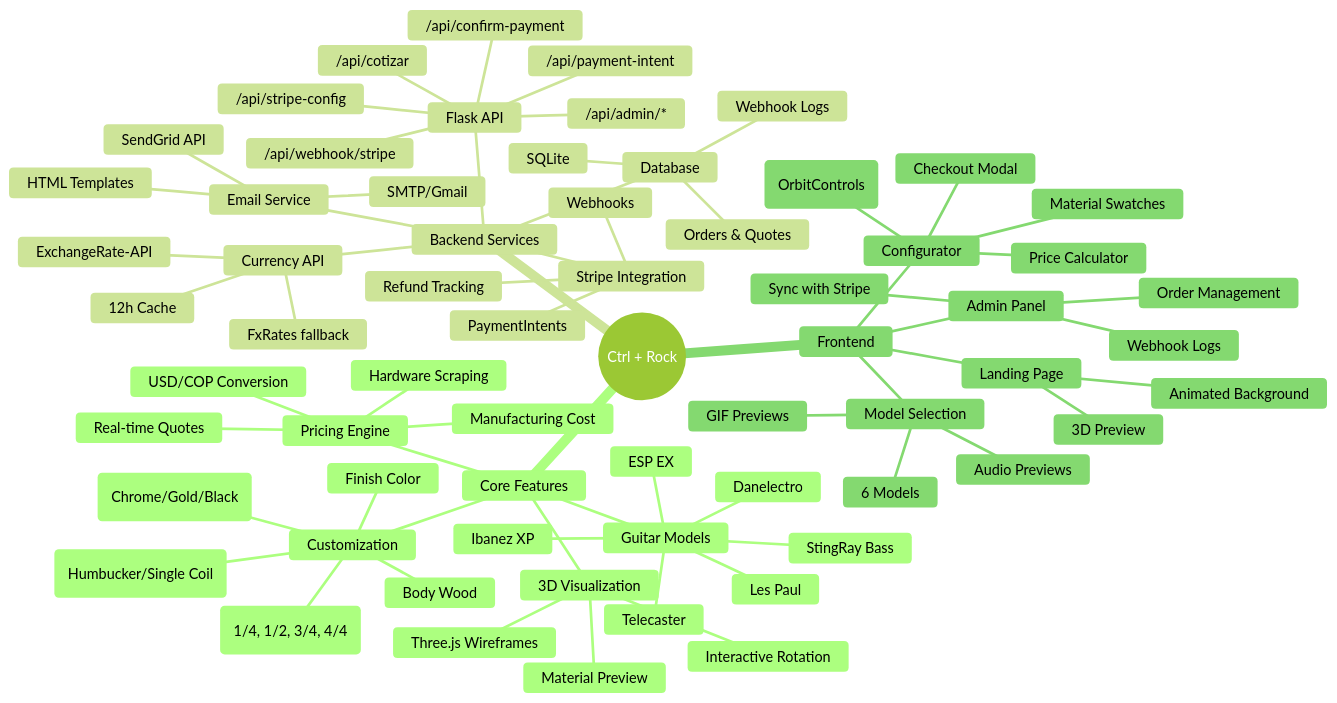
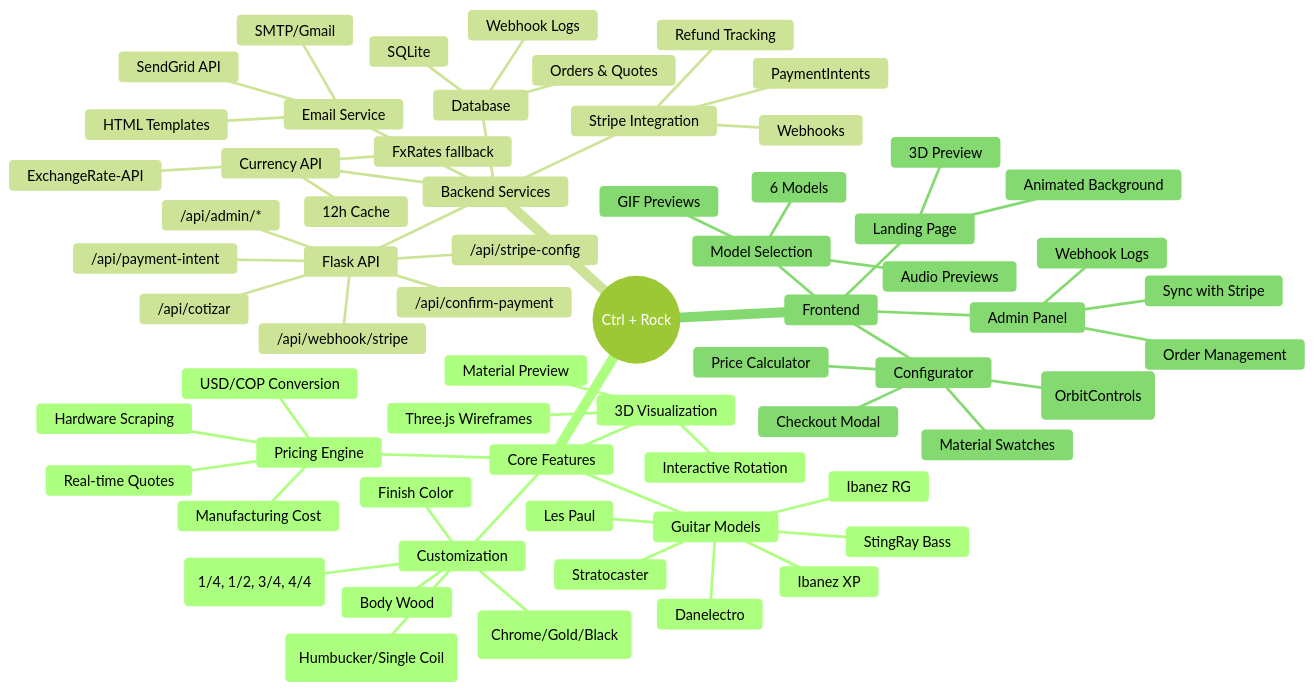
The first of 2 diagrams in README.md (alejojimenezz/ctrl-rock), drawn with Mermaid (forest theme) before and after one commit. The commit also changed other lines of this file and 50 other files, not shown here.

````diff
--- a/README.md
+++ b/README.md
@@ -69,68 +69,68 @@
 ```mermaid
 mindmap
     root ((Ctrl + Rock))
         Core Features
             3D Visualization
                 Three.js Wireframes
                 Interactive Rotation
                 Material Preview
             Guitar Models
                 Les Paul
-                Telecaster
+                Stratocaster
                 Ibanez XP
                 StingRay Bass
-                ESP EX
+                Ibanez RG
                 Danelectro
             Customization
                 Body Wood
                 Finish Color
                 Hardware (Chrome/Gold/Black)
                 Pickups (Humbucker/Single Coil)
                 Size (1/4, 1/2, 3/4, 4/4)
             Pricing Engine
                 Hardware Scraping
                 USD/COP Conversion
                 Manufacturing Cost
                 Real-time Quotes
         Backend Services
             Flask API
                 /api/cotizar
                 /api/payment-intent
                 /api/confirm-payment
                 /api/stripe-config
                 /api/webhook/stripe
                 /api/admin/*
             Database
                 SQLite
                 Orders & Quotes
                 Webhook Logs
             Stripe Integration
                 PaymentIntents
                 Webhooks
                 Refund Tracking
             Email Service
                 SMTP/Gmail
                 SendGrid API
                 HTML Templates
             Currency API
                 ExchangeRate-API
                 FxRates fallback
                 12h Cache
         Frontend
             Landing Page
                 3D Preview
                 Animated Background
             Model Selection
                 6 Models
                 Audio Previews
                 GIF Previews
             Configurator
                 3D Viewer (OrbitControls)
                 Material Swatches
                 Price Calculator
                 Checkout Modal
             Admin Panel
                 Order Management
                 Webhook Logs
                 Sync with Stripe
 ```
````
